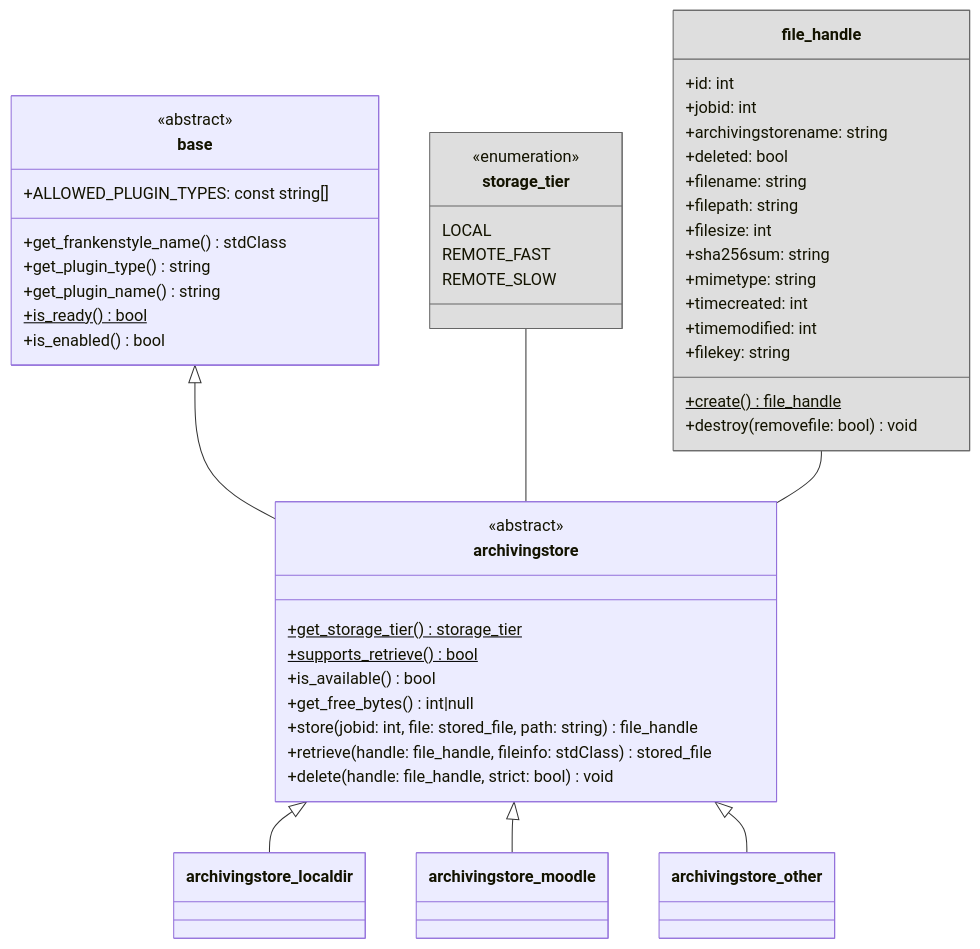
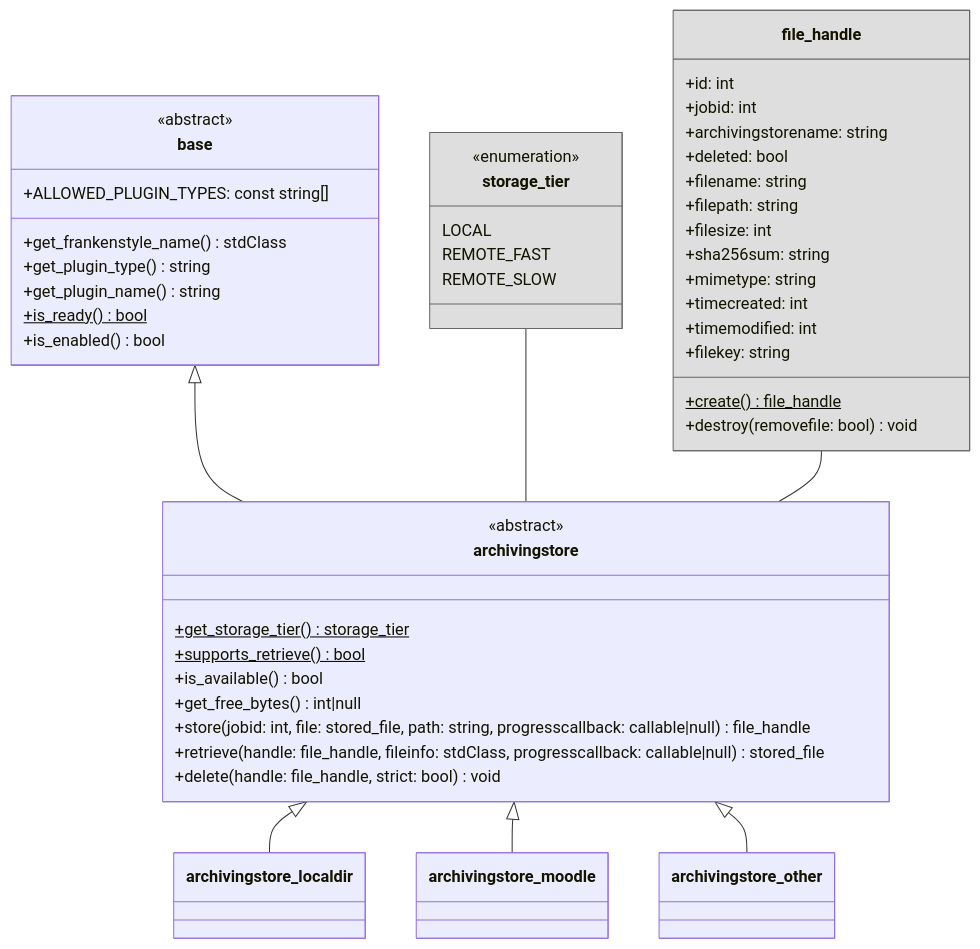
The diagram in docs/dev/api/storage-drivers.md (ngandrass/moodle-local_archiving), drawn with Mermaid before and after one commit. The commit also changed other lines of this file and 1 other file, not shown here.

Commit message:
Add optional progress callback to store() and retrieve() functions of the storage driver API

````diff
--- a/docs/dev/api/storage-drivers.md
+++ b/docs/dev/api/storage-drivers.md
@@ -17,73 +17,73 @@
 ```mermaid
 classDiagram
     direction TB
 
     class archivingstore {
         <<abstract>>
         
         +get_storage_tier()$ storage_tier
         +supports_retrieve()$ bool
         +is_available() bool
         +get_free_bytes() int|null
-        +store(jobid: int, file: stored_file, path: string) file_handle
-        +retrieve(handle: file_handle, fileinfo: stdClass) stored_file
+        +store(jobid: int, file: stored_file, path: string, progresscallback: callable|null) file_handle
+        +retrieve(handle: file_handle, fileinfo: stdClass, progresscallback: callable|null) stored_file
         +delete(handle: file_handle, strict: bool) void
     }
     
     class base {
         <<abstract>>
         +ALLOWED_PLUGIN_TYPES: const string[]
             
         +get_frankenstyle_name() stdClass
         +get_plugin_type() string
         +get_plugin_name() string
         +is_ready()$ bool
         +is_enabled() bool
     }
     
     class archivingstore_localdir {
     }
 
     class archivingstore_moodle {
     }
 
     class archivingstore_other {
     }
     
     class storage_tier {
         <<enumeration>>
         LOCAL
         REMOTE_FAST
         REMOTE_SLOW
     }
     
     class file_handle {
         +id: int
         +jobid: int
         +archivingstorename: string 
         +deleted: bool
         +filename: string
         +filepath: string
         +filesize: int
         +sha256sum: string
         +mimetype: string
         +timecreated: int
         +timemodified: int
         +filekey: string
         
         +create()$ file_handle
         +destroy(removefile: bool) void
     }
 
     %% Relationships
     base  <|--  archivingstore
     archivingstore <|-- archivingstore_localdir
     archivingstore <|-- archivingstore_moodle
     archivingstore <|-- archivingstore_other
     storage_tier -- archivingstore
     file_handle -- archivingstore
     
     %% style
     style storage_tier fill:#dedede,stroke:#666666
     style file_handle fill:#dedede,stroke:#666666
 ```
````
